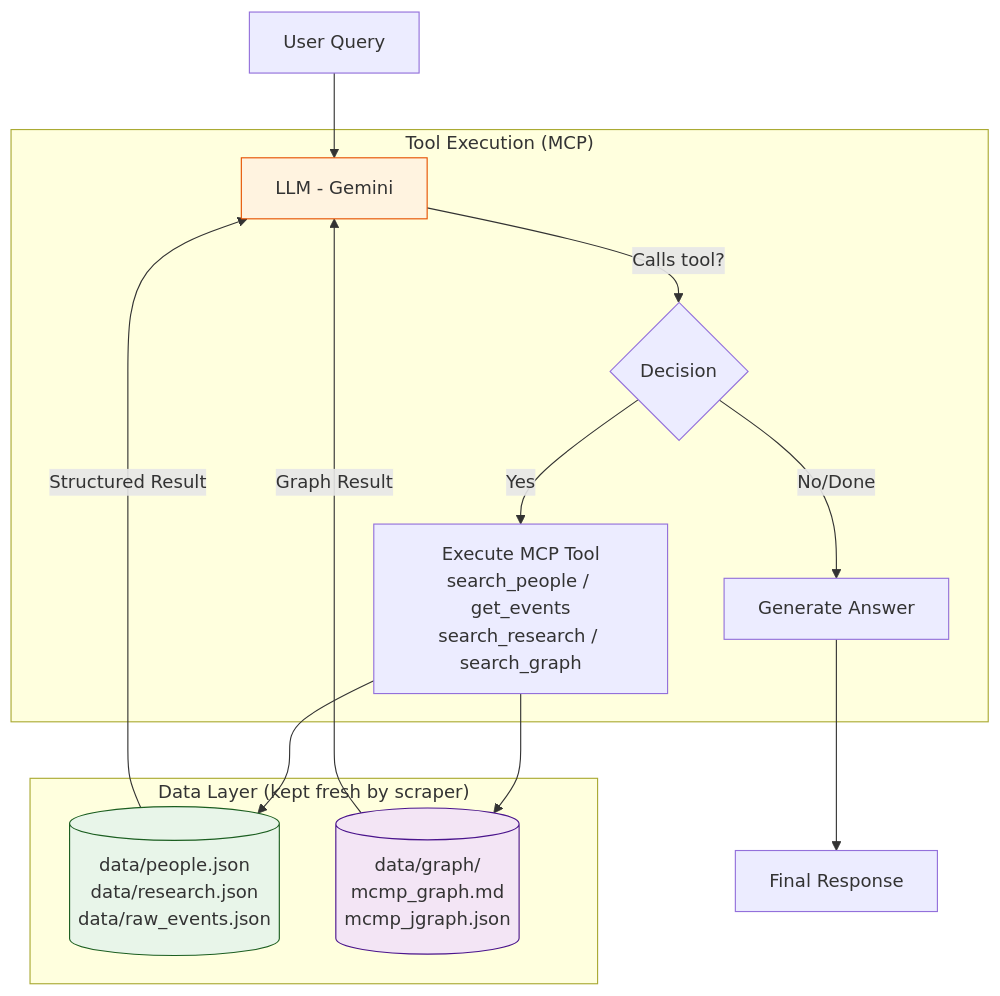
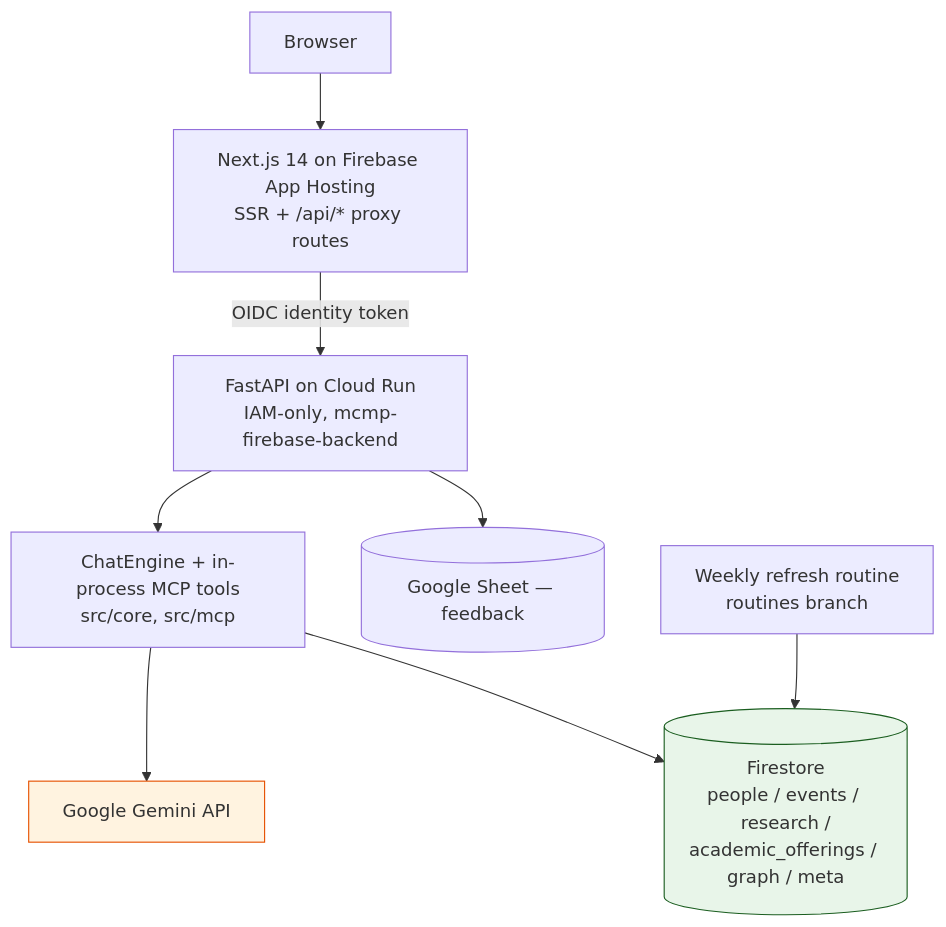
Before and after one commit to IgnacioOQ/mcmp_chatbot: the diagram in README.md, drawn with Mermaid. The commit also changed other lines of this file and 6 other files, not shown here.

````diff
--- a/README.md
+++ b/README.md
@@ -142,25 +31,13 @@
 ```mermaid
 graph TD
-    UserQuery[User Query] --> LLM[LLM - Gemini]
+    User[Browser] --> FE[Next.js 14 on Firebase App Hosting<br/>SSR + /api/* proxy routes]
+    FE -- "OIDC identity token" --> BE[FastAPI on Cloud Run<br/>IAM-only, mcmp-firebase-backend]
+    BE --> Engine[ChatEngine + in-process MCP tools<br/>src/core, src/mcp]
+    Engine --> Gemini[Google Gemini API]
+    Engine --> FS[(Firestore<br/>people / events / research /<br/>academic_offerings / graph / meta)]
+    BE --> Sheets[(Google Sheet — feedback)]
+    Scraper[Weekly refresh routine<br/>routines branch] --> FS
 
-    subgraph "Data Layer (kept fresh by scraper)"
-        JsonDB[(data/people.json\ndata/research.json\ndata/raw_events.json)]
-        GraphDB[(data/graph/\nmcmp_graph.md\nmcmp_jgraph.json)]
-    end
-
-    subgraph "Tool Execution (MCP)"
-        LLM -- "Calls tool?" --> ToolCall{Decision}
-        ToolCall -- Yes --> ExecuteTool[Execute MCP Tool\nsearch_people / get_events\nsearch_research / search_graph]
-        ExecuteTool --> JsonDB
-        ExecuteTool --> GraphDB
-        JsonDB --> |Structured Result| LLM
-        GraphDB --> |Graph Result| LLM
-        ToolCall -- No/Done --> GenerateAnswer[Generate Answer]
-    end
-
-    GenerateAnswer --> FinalResponse[Final Response]
-
-    style JsonDB fill:#e8f5e9,stroke:#1b5e20
-    style GraphDB fill:#f3e5f5,stroke:#4a148c
-    style LLM fill:#fff3e0,stroke:#e65100
+    style FS fill:#e8f5e9,stroke:#1b5e20
+    style Gemini fill:#fff3e0,stroke:#e65100
 ```
````
